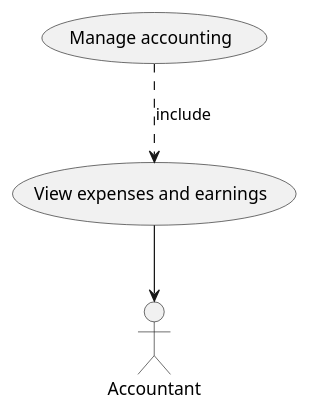
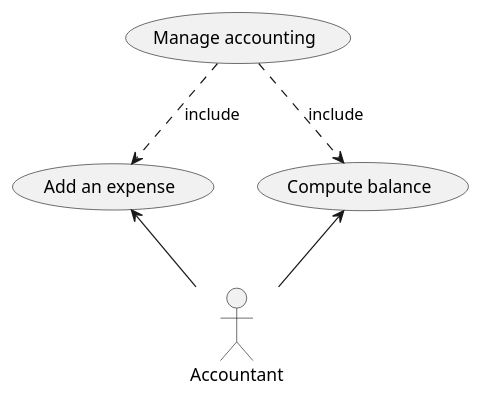
The seventh of 12 diagrams in Deliverables/RequirementsDocument.md (polito-se2-21-r03/se1-ezshop), drawn with PlantUML before and after one commit. The commit also changed other lines of this file, not shown here.

Commit message:
changes about UC diagram 6,7,8

````diff
--- a/Deliverables/RequirementsDocument.md
+++ b/Deliverables/RequirementsDocument.md
@@ -328,12 +354,15 @@
 ```plantuml
 "Accountant" as Accountant
 
 (Manage accounting) as FR6
 
-/' Manage accounting (UC20) '/
-(View expenses and earnings) as UC20
+(Add an expense) as UC6.1
+(Compute balance) as UC6.2
 
-FR6 ..> UC20 :include
+/' Manage accounting (UC6.1, UC6.2) '/
+FR6 ..> UC6.1 :include
+FR6 ..> UC6.2 :include
 
-UC20 --> Accountant
+UC6.1 <-- Accountant
+UC6.2 <-- Accountant
 ```
````
